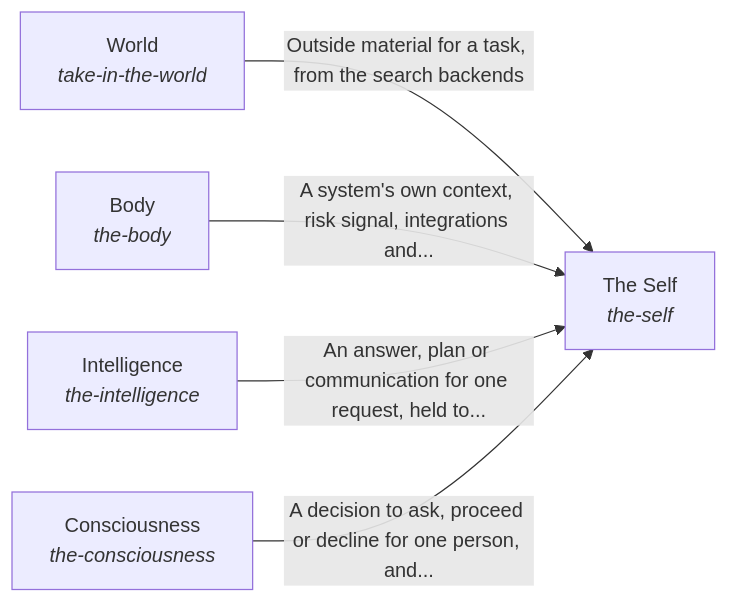
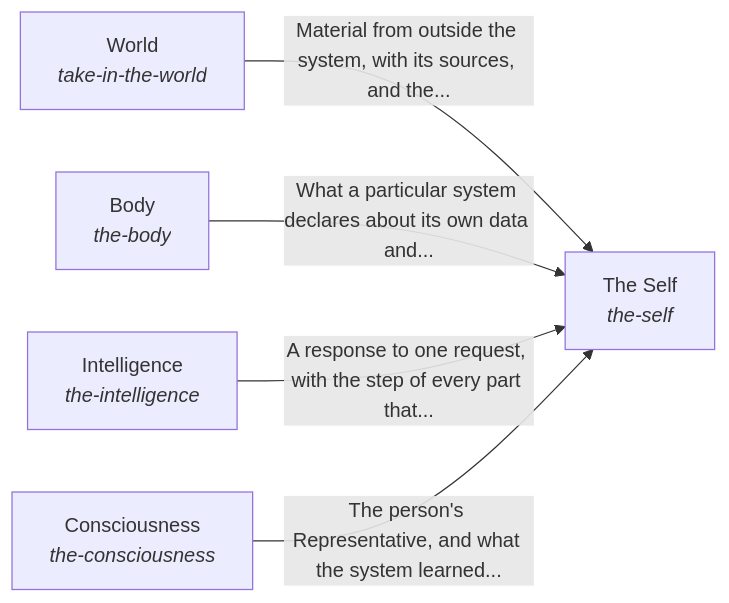
Before and after one commit to SpiritualData/ai-hub-of-hubs-structure: the diagram in esoi/README.md, drawn with Mermaid. The commit also changed other lines of this file and 56 other files, not shown here.

First line of the commit message:
Records for the approved hierarchy: five containers, role-scoped solutions, the paragraphs match the flow code

````diff
--- a/esoi/README.md
+++ b/esoi/README.md
@@ -17,12 +17,12 @@
 ```mermaid
 flowchart LR
     s0["World<br/><i>take-in-the-world</i>"]
     s1["The Self<br/><i>the-self</i>"]
     s2["Body<br/><i>the-body</i>"]
     s3["Intelligence<br/><i>the-intelligence</i>"]
     s4["Consciousness<br/><i>the-consciousness</i>"]
-    s0 -->|"Outside material for a task, from the search backends"| s1
-    s2 -->|"A system's own context, risk signal, integrations and..."| s1
-    s3 -->|"An answer, plan or communication for one request, held to..."| s1
-    s4 -->|"A decision to ask, proceed or decline for one person, and..."| s1
+    s0 -->|"Material from outside the system, with its sources, and the..."| s1
+    s2 -->|"What a particular system declares about its own data and..."| s1
+    s3 -->|"A response to one request, with the step of every part that..."| s1
+    s4 -->|"The person's Representative, and what the system learned..."| s1
 ```
````
